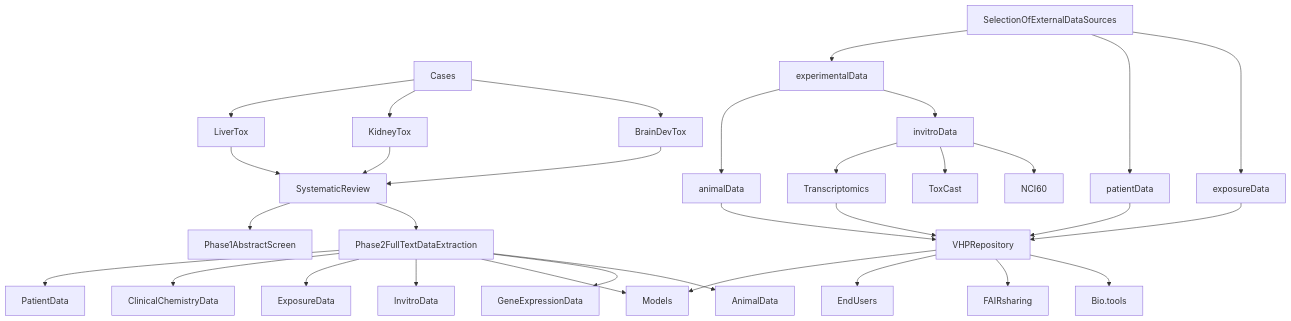
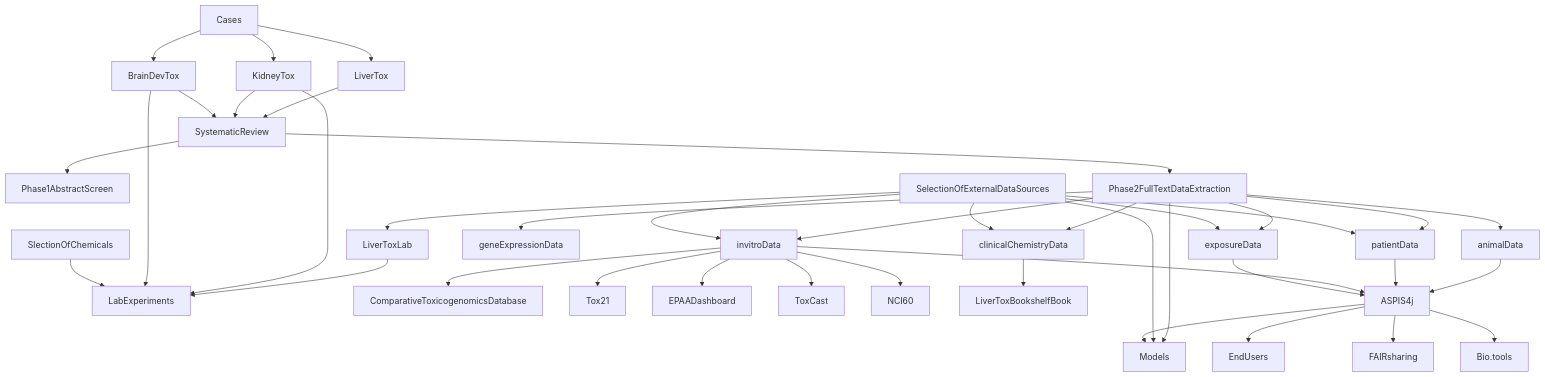
Before and after one commit to ontox-hu/workflows: the diagram in dataCollection.md, drawn with Mermaid.

````diff
--- a/dataCollection.md
+++ b/dataCollection.md
@@ -1,34 +1,52 @@
 ```mermaid
 graph TD
   Cases-->LiverTox
   Cases-->KidneyTox
   Cases-->BrainDevTox
+  
   LiverTox-->SystematicReview
   KidneyTox-->SystematicReview
   BrainDevTox-->SystematicReview
+  
   SystematicReview-->Phase1AbstractScreen
   SystematicReview-->Phase2FullTextDataExtraction
-  Phase2FullTextDataExtraction-->PatientData
-  Phase2FullTextDataExtraction-->ClinicalChemistryData
-  Phase2FullTextDataExtraction-->ExposureData
-  Phase2FullTextDataExtraction-->InvitroData
+  
+  Phase2FullTextDataExtraction-->patientData
+  Phase2FullTextDataExtraction-->clinicalChemistryData
+  Phase2FullTextDataExtraction-->exposureData
+  Phase2FullTextDataExtraction-->invitroData
   Phase2FullTextDataExtraction-->Models
-  Phase2FullTextDataExtraction-->GeneExpressionData
-  Phase2FullTextDataExtraction-->AnimalData
-  SelectionOfExternalDataSources-->experimentalData
-  invitroData-->Transcriptomics
+  Phase2FullTextDataExtraction-->geneExpressionData
+  Phase2FullTextDataExtraction-->animalData
+  
+  SelectionOfExternalDataSources-->patientData
+  SelectionOfExternalDataSources-->clinicalChemistryData
+  SelectionOfExternalDataSources-->exposureData
+  SelectionOfExternalDataSources-->invitroData
+  SelectionOfExternalDataSources-->Models
+  SelectionOfExternalDataSources-->
+  
+  
+  LiverToxLab-->LabExperiments
+  KidneyTox-->LabExperiments
+  BrainDevTox-->LabExperiments
+  
+  SlectionOfChemicals-->LabExperiments
+  
+  invitroData-->ComparativeToxicogenomicsDatabase
+  invitroData-->Tox21
+  invitroData-->EPAADashboard
   invitroData-->ToxCast
   invitroData-->NCI60
-  SelectionOfExternalDataSources-->patientData
-  SelectionOfExternalDataSources-->exposureData
-  experimentalData-->animalData
-  experimentalData-->invitroData
-  animalData-->VHPRepository
-  patientData-->VHPRepository
-  Transcriptomics-->VHPRepository
-  exposureData-->VHPRepository
-  VHPRepository-->Models
-  VHPRepository-->EndUsers
-  VHPRepository-->FAIRsharing
-  VHPRepository-->Bio.tools
+  
+  clinicalChemistryData-->LiverToxBookshelfBook
+ 
+  animalData-->ASPIS4j
+  patientData-->ASPIS4j
+  invitroData-->ASPIS4j
+  exposureData-->ASPIS4j
+  ASPIS4j-->Models
+  ASPIS4j-->EndUsers
+  ASPIS4j-->FAIRsharing
+  ASPIS4j-->Bio.tools
 ```
````
